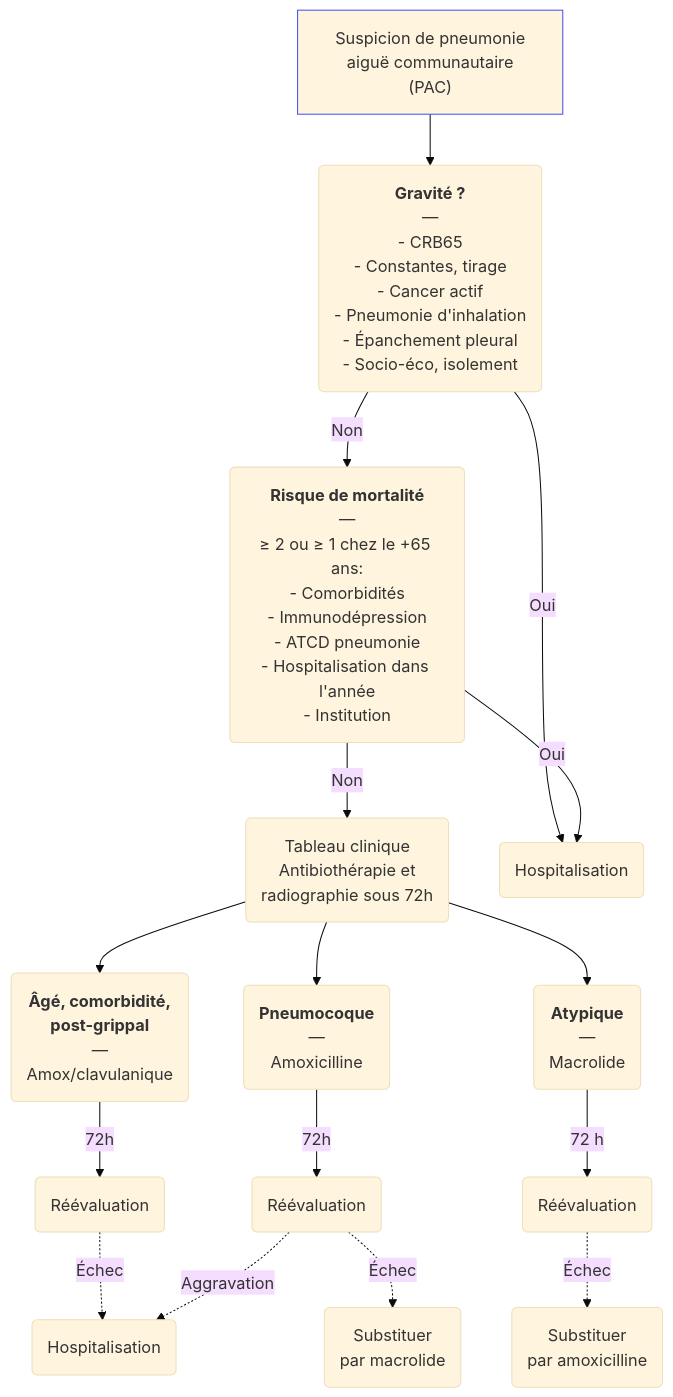
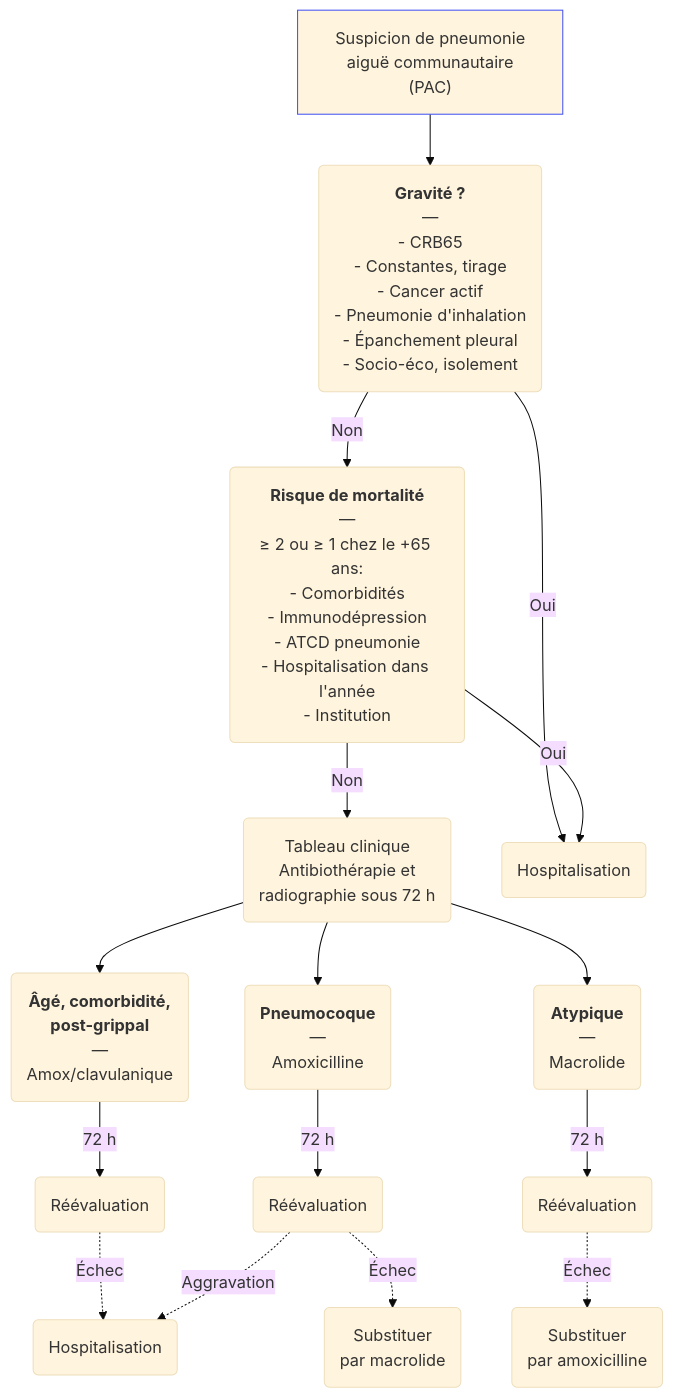
Before and after one commit to djibe/recommandations-medicales: the diagram in content/recommandations/pneumonie-aigue-communautaire.md, drawn with Mermaid (base theme). The commit also changed other lines of this file and 25 other files, not shown here.

```diff
--- a/content/recommandations/pneumonie-aigue-communautaire.md
+++ b/content/recommandations/pneumonie-aigue-communautaire.md
@@ -445,11 +448,11 @@
 {{< mermaid title="Prise en charge de la pneumonie aiguë communautaire (PAC). Dr JB Fron d'après SPILF/SPLF 2025 et HAS/SPILF 2024" >}}
 graph TB
-  suspicion["Suspicion de pneumonie<br> aiguë communautaire (PAC)"] --> gravité("<b>Gravité ?</b><br>—<br>- CRB65<br>- Constantes, tirage<br>- Cancer actif<br>- Pneumonie d'inhalation<br>- Épanchement pleural<br>- Socio-éco, isolement") -- Non --> risque("<b>Risque de mortalité</b><br>—<br>≥ 2 ou ≥ 1 chez le +65 ans:<br>- Comorbidités<br>- Immunodépression<br>- ATCD pneumonie<br>- Hospitalisation dans l'année<br>- Institution") -- Non --> tableau("Tableau clinique<br>Antibiothérapie et<br>radiographie sous 72h")
+  suspicion["Suspicion de pneumonie<br> aiguë communautaire (PAC)"] --> gravité("<b>Gravité ?</b><br>—<br>- CRB65<br>- Constantes, tirage<br>- Cancer actif<br>- Pneumonie d'inhalation<br>- Épanchement pleural<br>- Socio-éco, isolement") -- Non --> risque("<b>Risque de mortalité</b><br>—<br>≥ 2 ou ≥ 1 chez le +65 ans:<br>- Comorbidités<br>- Immunodépression<br>- ATCD pneumonie<br>- Hospitalisation dans l'année<br>- Institution") -- Non --> tableau("Tableau clinique<br>Antibiothérapie et<br>radiographie sous 72 h")
     gravité -- Oui --> hospitalisation(Hospitalisation)
       risque -- Oui --> hospitalisation
-      tableau --> âgé("<b>Âgé, comorbidité,<br>post-grippal</b><br>—<br>Amox/clavulanique") -- 72h --> âgé3(Réévaluation) -. Échec .-> hospitalisationAgé(Hospitalisation)
-      tableau --> pneumocoque("<b>Pneumocoque</b><br>—<br>Amoxicilline") -- 72h --> pneumo2(Réévaluation) -. Échec .-> pneumo3("Substituer<br>par macrolide")
+      tableau --> âgé("<b>Âgé, comorbidité,<br>post-grippal</b><br>—<br>Amox/clavulanique") -- 72 h --> âgé3(Réévaluation) -. Échec .-> hospitalisationAgé(Hospitalisation)
+      tableau --> pneumocoque("<b>Pneumocoque</b><br>—<br>Amoxicilline") -- 72 h --> pneumo2(Réévaluation) -. Échec .-> pneumo3("Substituer<br>par macrolide")
         pneumo2 -. Aggravation .-> hospitalisationAgé
       tableau --> intracellulaire("<b>Atypique</b><br>—<br>Macrolide") -- 72 h --> intra2(Réévaluation) -. Échec .-> intra3("Substituer<br>par amoxicilline")
   style suspicion stroke:#4150f5, stroke-width:1px
 {{< /mermaid >}}
```
